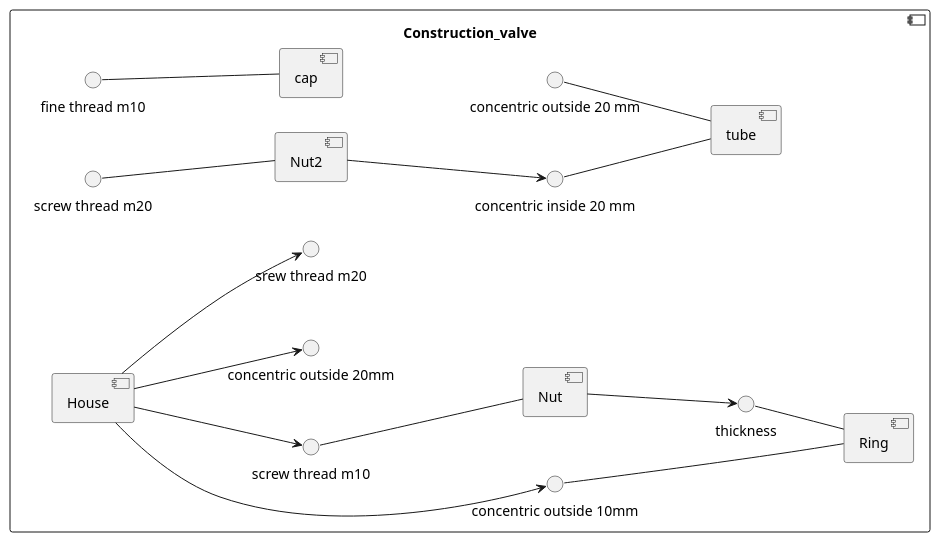
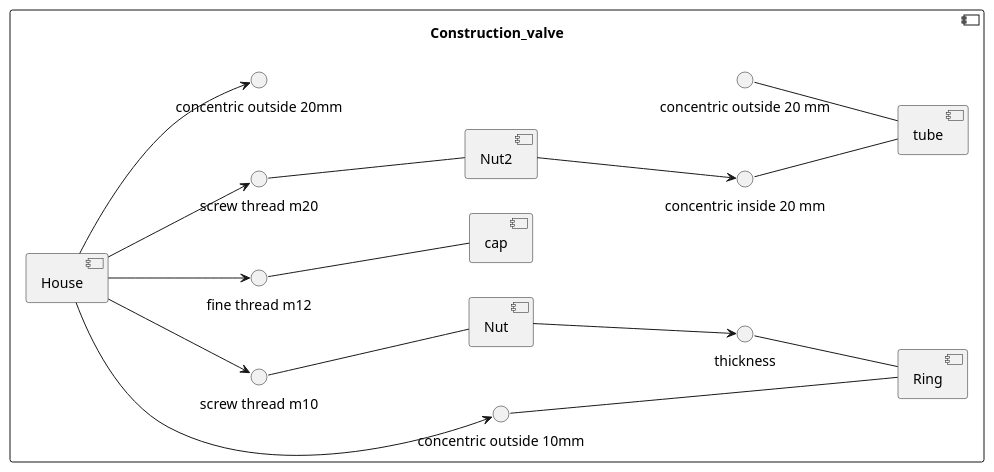
The second of 2 diagrams in src/Introduction.md (Timon14kraan/Project-Proces-and-Safety), drawn with PlantUML before and after one commit. The commit also changed 2 other files, not shown here.

````diff
--- a/src/Introduction.md
+++ b/src/Introduction.md
@@ -63,38 +63,39 @@
 ```plantuml
 @startuml Process_and_Safety
 skinparam backgroundColor transparent
 left to right direction
 'skinparam linetype ortho
 
 component Construction_valve {
     
     [Ring]
     () "concentric outside 10mm" -- Ring
     () "thickness" -- Ring
 
     [Nut]
     () "screw thread m10" -- Nut
     Nut --> "thickness"
 
     [cap]
-    () "fine thread m10" -- cap
+    () "fine thread m12" -- cap
 
     [tube]
     () "concentric outside 20 mm" -- tube
     () "concentric inside 20 mm" -- tube
 
     [Nut2]
     () "screw thread m20" -- Nut2
      Nut2 --> "concentric inside 20 mm"
 
 
     [House]
     House --> "concentric outside 10mm"
     House --> "screw thread m10"
     House --> "concentric outside 20mm"
-    House --> "srew thread m20"
+    House --> "screw thread m20"
+    House --> "fine thread m12"
     
 }
 
 @enduml
 ```
````
